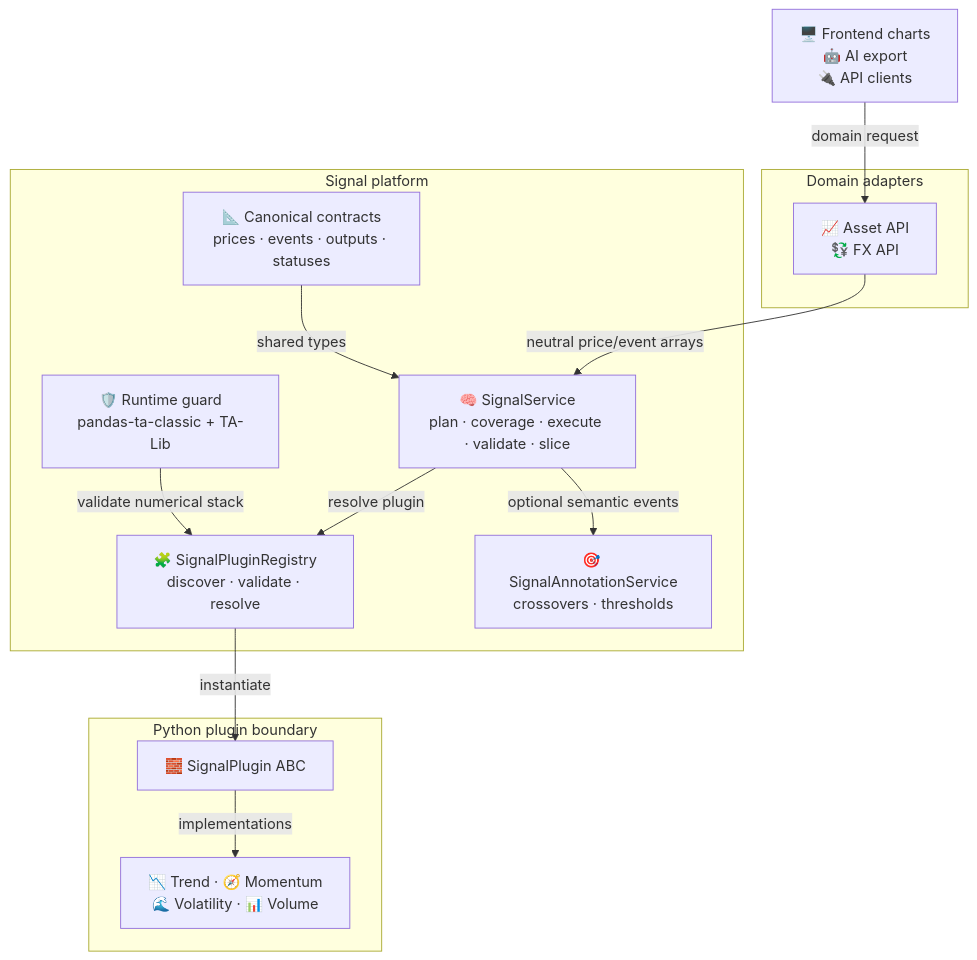
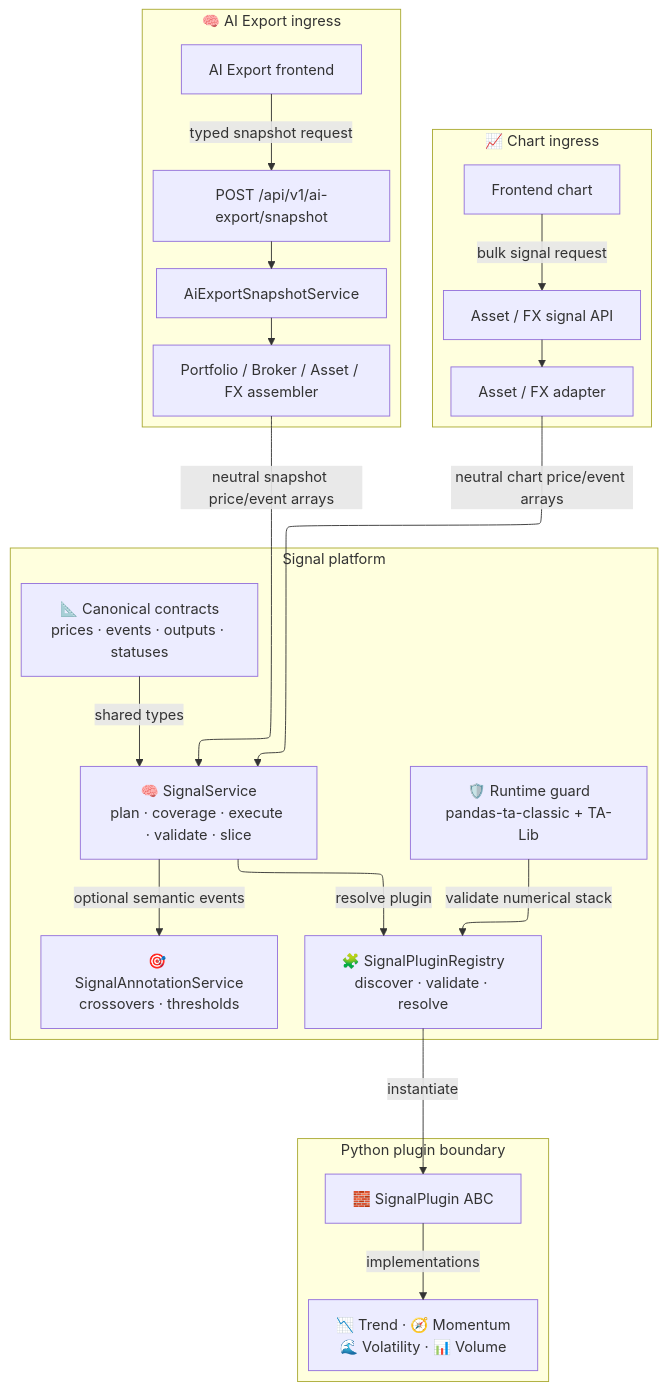
One commit to Librefolio/LibreFolio changed the first of 3 diagrams in mkdocs_src/docs/developer/architecture/patterns/signal_plugin_guide.md. Above: the diagram before and after it, drawn with Mermaid. The commit also changed other lines of this file and 462 other files, not shown here.

````diff
--- a/mkdocs_src/docs/developer/architecture/patterns/signal_plugin_guide.md
+++ b/mkdocs_src/docs/developer/architecture/patterns/signal_plugin_guide.md
@@ -17,30 +17,46 @@
 ```mermaid
+---
+config:
+  layout: elk
+---
 flowchart TB
-    CLIENTS["🖥️ Frontend charts<br/>🤖 AI export<br/>🔌 API clients"]
+    subgraph CHART["📈 Chart ingress"]
+        CHART_UI["Frontend chart"]
+        CHART_API["Asset / FX signal API"]
+        CHART_ADAPTER["Asset / FX adapter"]
+        CHART_UI -->|"bulk signal request"| CHART_API
+        CHART_API --> CHART_ADAPTER
+    end
 
-    subgraph ADAPTERS["Domain adapters"]
-        DOMAIN["📈 Asset API<br/>💱 FX API"]
+    subgraph EXPORT["🧠 AI Export ingress"]
+        EXPORT_UI["AI Export frontend"]
+        SNAPSHOT_API["POST /api/v1/ai-export/snapshot"]
+        SNAPSHOT_SERVICE["AiExportSnapshotService"]
+        ASSEMBLER["Portfolio / Broker / Asset / FX assembler"]
+        EXPORT_UI -->|"typed snapshot request"| SNAPSHOT_API
+        SNAPSHOT_API --> SNAPSHOT_SERVICE
+        SNAPSHOT_SERVICE --> ASSEMBLER
     end
 
     subgraph PLATFORM["Signal platform"]
         CONTRACTS["📐 Canonical contracts<br/>prices · events · outputs · statuses"]
         SERVICE["🧠 SignalService<br/>plan · coverage · execute · validate · slice"]
         REGISTRY["🧩 SignalPluginRegistry<br/>discover · validate · resolve"]
         ANNOTATIONS["🎯 SignalAnnotationService<br/>crossovers · thresholds"]
         RUNTIME["🛡️ Runtime guard<br/>pandas-ta-classic + TA-Lib"]
     end
 
     subgraph PLUGINS["Python plugin boundary"]
         ABC["🧱 SignalPlugin ABC"]
         FAMILIES["📉 Trend · 🧭 Momentum<br/>🌊 Volatility · 📊 Volume"]
     end
 
-    CLIENTS -->|"domain request"| DOMAIN
-    DOMAIN -->|"neutral price/event arrays"| SERVICE
+    CHART_ADAPTER -->|"neutral chart price/event arrays"| SERVICE
+    ASSEMBLER -->|"neutral snapshot price/event arrays"| SERVICE
     CONTRACTS -->|"shared types"| SERVICE
     SERVICE -->|"resolve plugin"| REGISTRY
     SERVICE -->|"optional semantic events"| ANNOTATIONS
     RUNTIME -->|"validate numerical stack"| REGISTRY
     REGISTRY -->|"instantiate"| ABC
     ABC -->|"implementations"| FAMILIES
 ```
````
